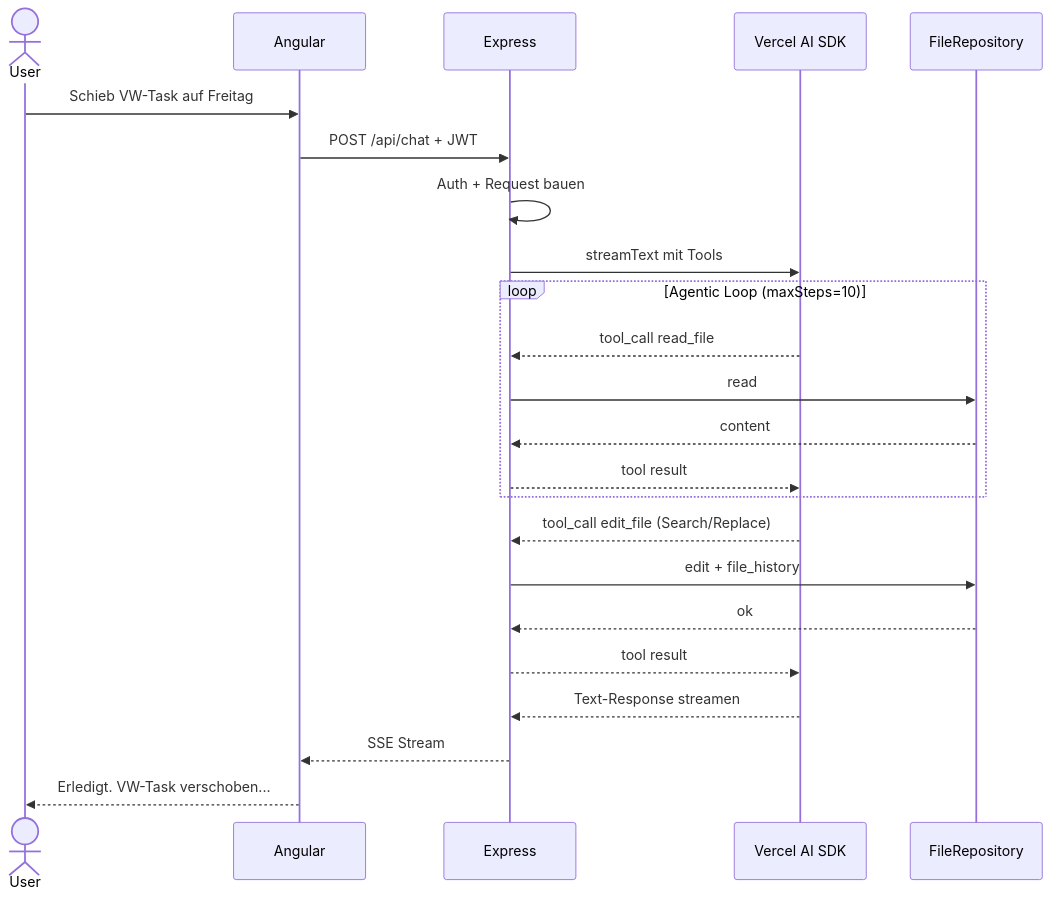
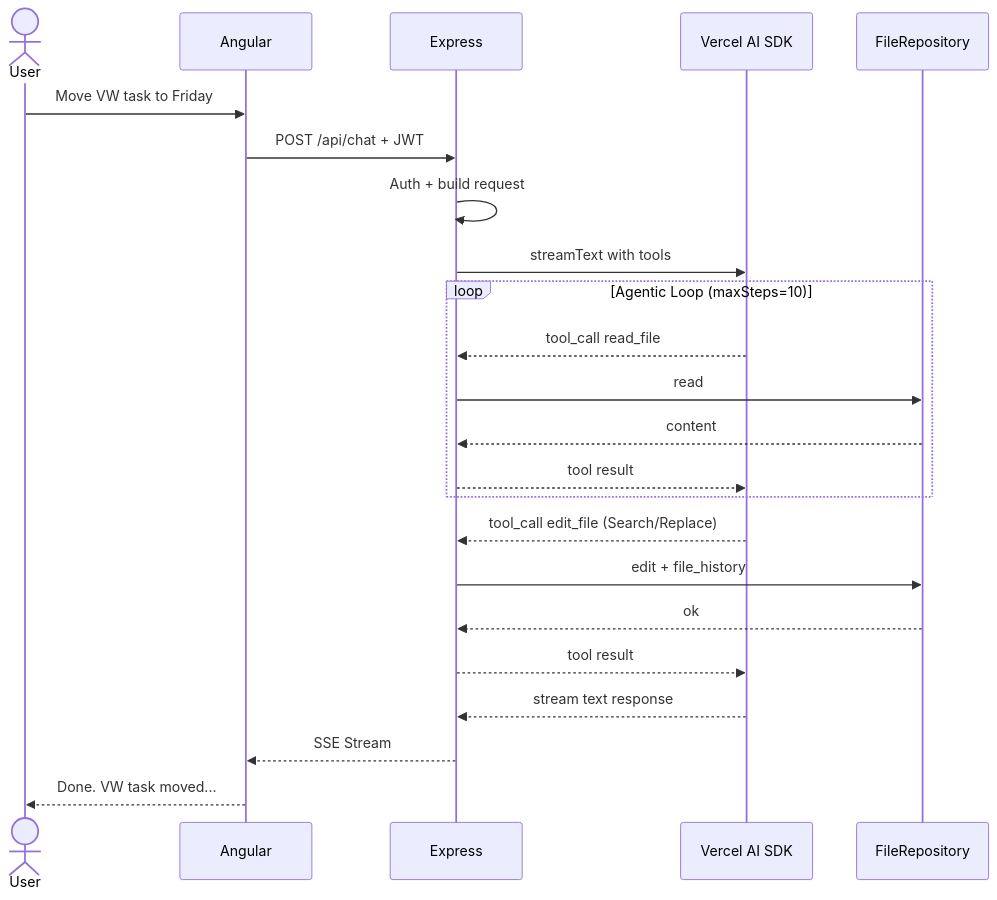
Before and after one commit to lutzleonhardt/keppt-app: the sixth of 6 diagrams in docs/specs/architecture.md, drawn with Mermaid. The commit also changed other lines of this file and 3 other files, not shown here.

````diff
--- a/docs/specs/architecture.md
+++ b/docs/specs/architecture.md
@@ -90,29 +90,29 @@
 ```mermaid
 sequenceDiagram
     actor User
     participant Client as Angular
     participant Server as Express
     participant LLM as Vercel AI SDK
     participant Repo as FileRepository
 
-    User->>Client: Schieb VW-Task auf Freitag
+    User->>Client: Move VW task to Friday
     Client->>Server: POST /api/chat + JWT
-    Server->>Server: Auth + Request bauen
-    Server->>LLM: streamText mit Tools
+    Server->>Server: Auth + build request
+    Server->>LLM: streamText with tools
 
     loop Agentic Loop (maxSteps=10)
         LLM-->>Server: tool_call read_file
         Server->>Repo: read
         Repo-->>Server: content
         Server-->>LLM: tool result
     end
 
     LLM-->>Server: tool_call edit_file (Search/Replace)
     Server->>Repo: edit + file_history
     Repo-->>Server: ok
     Server-->>LLM: tool result
 
-    LLM-->>Server: Text-Response streamen
+    LLM-->>Server: stream text response
     Server-->>Client: SSE Stream
-    Client-->>User: Erledigt. VW-Task verschoben...
+    Client-->>User: Done. VW task moved...
 ```
````
